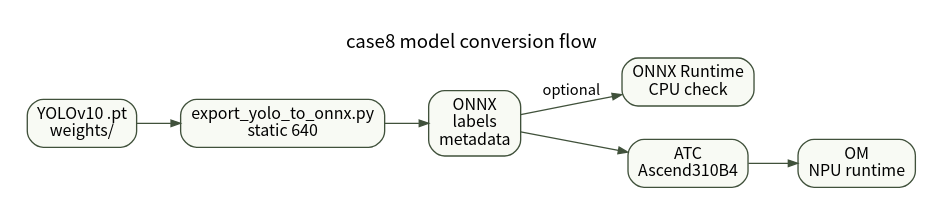
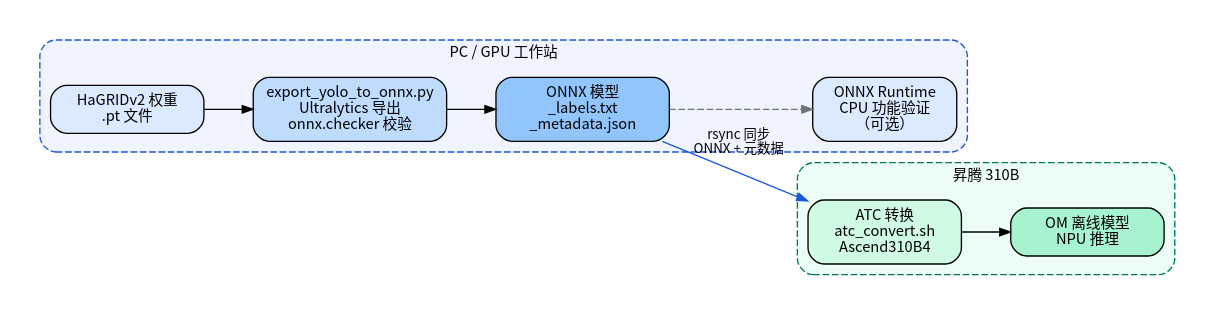
The diagram in src/experiment/img8/case8_model_conversion.dot (zhouxzh/Ascend310), drawn with Graphviz before and after one commit. The commit also changed 52 other files, not shown here.

```diff
--- a/src/experiment/img8/case8_model_conversion.dot
+++ b/src/experiment/img8/case8_model_conversion.dot
@@ -1,38 +1,47 @@
 digraph Case8ModelConversion {
   graph [
     rankdir=LR,
     bgcolor="white",
-    pad="0.18",
-    nodesep="0.35",
-    ranksep="0.45",
-    fontname="Noto Sans CJK SC",
-    labelloc="t",
-    label="case8 model conversion flow"
+    pad="0.2",
+    nodesep="0.4",
+    ranksep="0.5",
+    fontname="Noto Sans CJK SC"
   ];
   node [
     shape=box,
     style="rounded,filled",
-    color="#40513b",
-    fillcolor="#f8faf4",
     fontname="Noto Sans CJK SC",
-    fontsize=12,
-    margin="0.10,0.07"
+    fontsize=11,
+    margin="0.12,0.08"
   ];
   edge [
-    color="#40513b",
     fontname="Noto Sans CJK SC",
-    fontsize=11,
-    arrowsize=0.7
+    fontsize=10,
+    arrowsize=0.8
   ];
 
-  weights [label="YOLOv10 .pt\nweights/"];
-  export [label="export_yolo_to_onnx.py\nstatic 640"];
-  onnx [label="ONNX\nlabels\nmetadata"];
-  validate [label="ONNX Runtime\nCPU check"];
-  atc [label="ATC\nAscend310B4"];
-  om [label="OM\nNPU runtime"];
+  subgraph cluster_pc {
+    label="PC / GPU 工作站";
+    fontsize=11; style="rounded,dashed"; color="#1a56db"; bgcolor="#f0f4ff";
 
-  weights -> export -> onnx;
-  onnx -> validate [label="optional"];
-  onnx -> atc -> om;
+    weights [label="HaGRIDv2 权重\n.pt 文件", fillcolor="#dbeafe", width=1.6];
+    export [label="export_yolo_to_onnx.py\nUltralytics 导出\nonnx.checker 校验", fillcolor="#bfdbfe", width=1.8];
+    onnx [label="ONNX 模型\n_labels.txt\n_metadata.json", fillcolor="#93c5fd", width=1.8];
+    validate [label="ONNX Runtime\nCPU 功能验证\n（可选）", fillcolor="#dbeafe", width=1.5];
+
+    weights -> export -> onnx;
+    onnx -> validate [style=dashed, color="#6b7280"];
+  }
+
+  subgraph cluster_310b {
+    label="昇腾 310B";
+    fontsize=11; style="rounded,dashed"; color="#047857"; bgcolor="#ecfdf5";
+
+    atc [label="ATC 转换\natc_convert.sh\nAscend310B4", fillcolor="#d1fae5", width=1.6];
+    om [label="OM 离线模型\nNPU 推理", fillcolor="#a7f3d0", width=1.6];
+
+    atc -> om;
+  }
+
+  onnx -> atc [label="rsync 同步\nONNX + 元数据", color="#1a56db"];
 }
```
